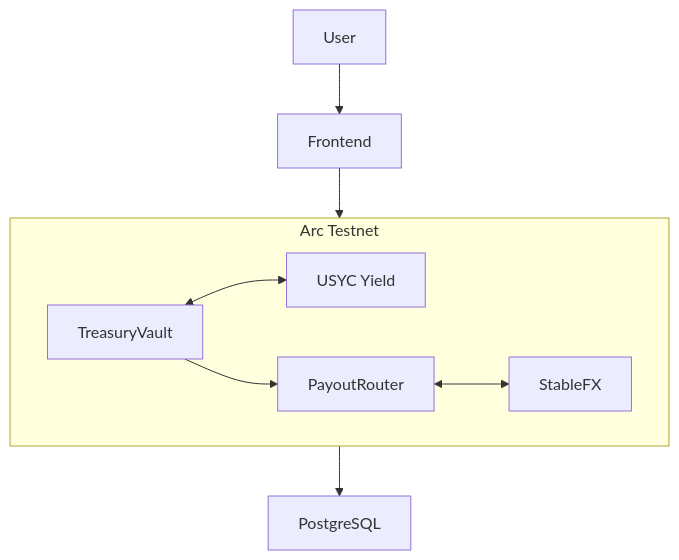
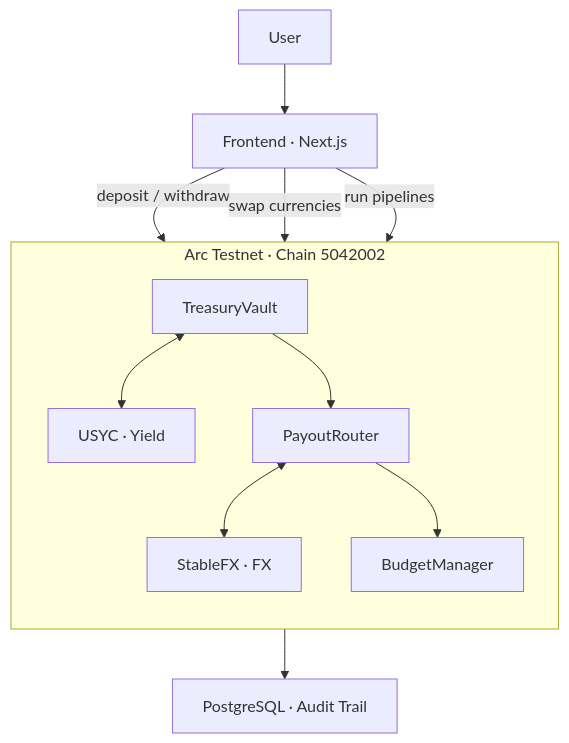
Before and after one commit to kolyamkl/ArcVAULT_hackathon: the diagram in README.md, drawn with Mermaid.

````diff
--- a/README.md
+++ b/README.md
@@ -10,13 +10,17 @@
 ```mermaid
 flowchart TB
-  U["User"] --> FE["Frontend"]
-  FE --> ARC
+  U["User"] --> FE["Frontend · Next.js"]
+  FE --> |"deposit / withdraw"| TV
+  FE --> |"swap currencies"| SFX
+  FE --> |"run pipelines"| PR
 
-  subgraph ARC["Arc Testnet"]
-    TV["TreasuryVault"] <--> USYC["USYC Yield"]
+  subgraph ARC["Arc Testnet · Chain 5042002"]
+    direction TB
+    TV["TreasuryVault"] <--> USYC["USYC · Yield"]
     TV --> PR["PayoutRouter"]
-    PR <--> SFX["StableFX"]
+    PR <--> SFX["StableFX · FX"]
+    PR --> BM["BudgetManager"]
   end
 
-  ARC --> DB["PostgreSQL"]
+  ARC --> DB["PostgreSQL · Audit Trail"]
 ```
````
